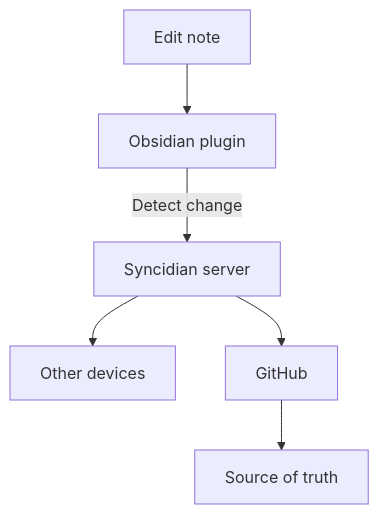
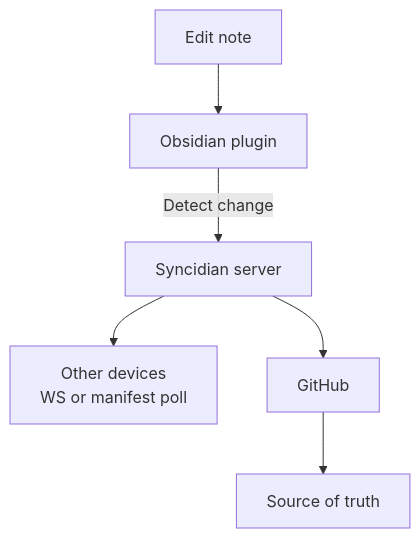
Before and after one commit to shangeethsivan/Syncidian: the sixth of 7 diagrams in README.md, drawn with Mermaid. The commit also changed 1 other file, not shown here.

Commit message:
Finish remaining Mermaid charts for mobile live updates
Label other-device delivery as WebSocket or manifest poll, and show
requestUrl on the plugin auth path.

````diff
--- a/README.md
+++ b/README.md
@@ -599,8 +599,8 @@
 ```mermaid
 flowchart TD
   Edit[Edit note] --> Plugin[Obsidian plugin]
   Plugin -->|Detect change| Srv[Syncidian server]
-  Srv --> Other[Other devices]
+  Srv --> Other["Other devices<br/>WS or manifest poll"]
   Srv --> GH[GitHub]
   GH --> SoT[Source of truth]
 ```
````
